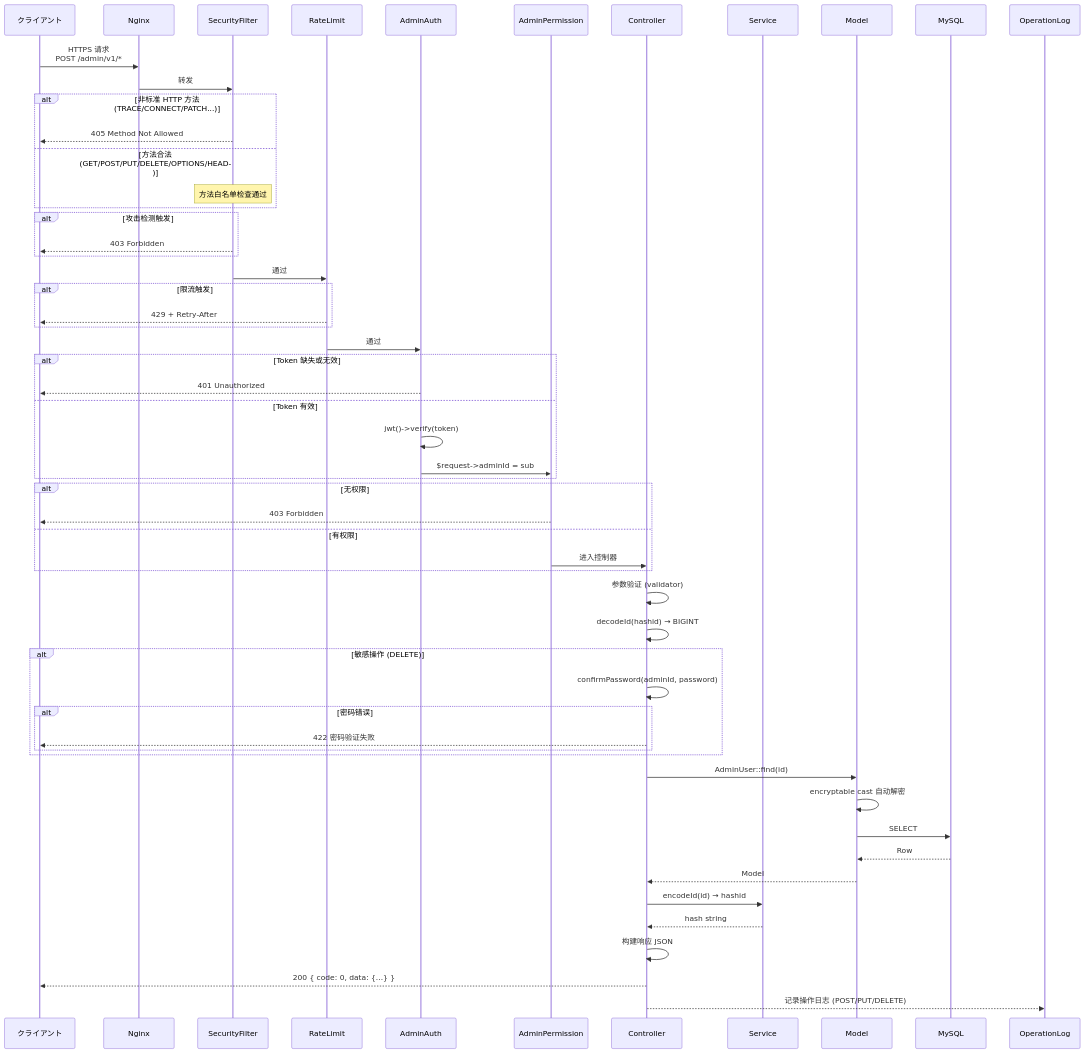
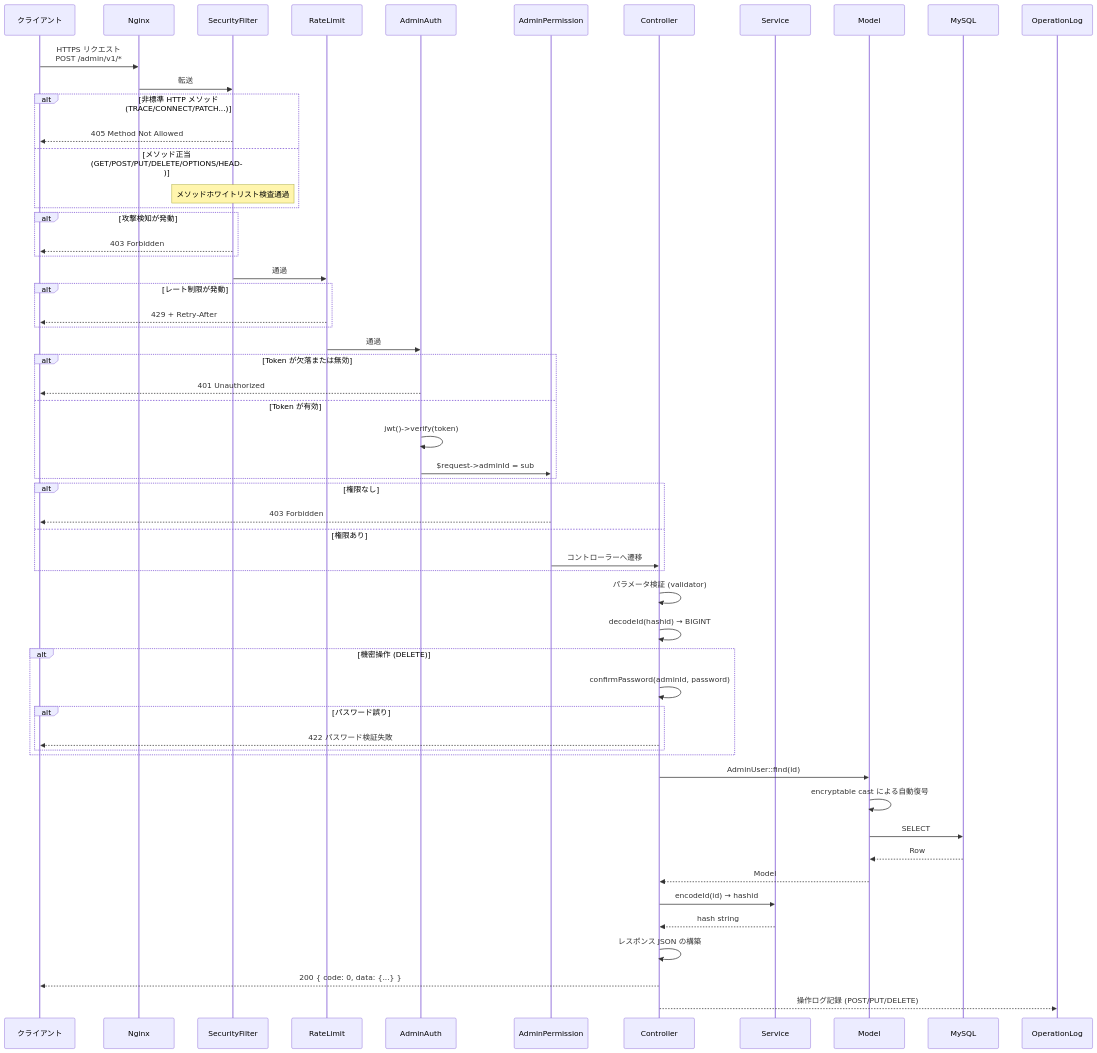
One commit to erikwang2013/game-platform-php changed the third of 14 diagrams in admin/docs/ARCHITECTURE.ja.md. Above: the diagram before and after it, drawn with Mermaid. The commit also changed other lines of this file and 211 other files, not shown here.

First line of the commit message:
fix: 支付配置读回类型根治、提现事件对账巡检，12 语族 mermaid 与 API 标签本地化

````diff
--- a/admin/docs/ARCHITECTURE.ja.md
+++ b/admin/docs/ARCHITECTURE.ja.md
@@ -153,71 +153,71 @@
 ```mermaid
 sequenceDiagram
     participant C as クライアント
     participant N as Nginx
     participant MW_SF as SecurityFilter
     participant MW_RL as RateLimit
     participant MW1 as AdminAuth
     participant MW2 as AdminPermission
     participant CTL as Controller
     participant SVC as Service
     participant MDL as Model
     participant DB as MySQL
     participant OPLOG as OperationLog
 
-    C->>N: HTTPS 请求<br/>POST /admin/v1/*
-    N->>MW_SF: 转发
+    C->>N: HTTPS リクエスト<br/>POST /admin/v1/*
+    N->>MW_SF: 転送
 
-    alt 非标准 HTTP 方法 (TRACE/CONNECT/PATCH...)
+    alt 非標準 HTTP メソッド (TRACE/CONNECT/PATCH...)
         MW_SF-->>C: 405 Method Not Allowed
-    else 方法合法 (GET/POST/PUT/DELETE/OPTIONS/HEAD)
-        Note over MW_SF: 方法白名单检查通过
+    else メソッド正当 (GET/POST/PUT/DELETE/OPTIONS/HEAD)
+        Note over MW_SF: メソッドホワイトリスト検査通過
     end
 
-    alt 攻击检测触发
+    alt 攻撃検知が発動
         MW_SF-->>C: 403 Forbidden
     end
 
-    MW_SF->>MW_RL: 通过
+    MW_SF->>MW_RL: 通過
 
-    alt 限流触发
+    alt レート制限が発動
         MW_RL-->>C: 429 + Retry-After
     end
 
-    MW_RL->>MW1: 通过
+    MW_RL->>MW1: 通過
 
-    alt Token 缺失或无效
+    alt Token が欠落または無効
         MW1-->>C: 401 Unauthorized
-    else Token 有效
+    else Token が有効
         MW1->>MW1: jwt()->verify(token)
         MW1->>MW2: $request->adminId = sub
     end
 
-    alt 无权限
+    alt 権限なし
         MW2-->>C: 403 Forbidden
-    else 有权限
-        MW2->>CTL: 进入控制器
+    else 権限あり
+        MW2->>CTL: コントローラーへ遷移
     end
 
-    CTL->>CTL: 参数验证 (validator)
+    CTL->>CTL: パラメータ検証 (validator)
     CTL->>CTL: decodeId(hashid) → BIGINT
 
-    alt 敏感操作 (DELETE)
+    alt 機密操作 (DELETE)
         CTL->>CTL: confirmPassword(adminId, password)
-        alt 密码错误
-            CTL-->>C: 422 密码验证失败
+        alt パスワード誤り
+            CTL-->>C: 422 パスワード検証失敗
         end
     end
 
     CTL->>MDL: AdminUser::find(id)
-    MDL->>MDL: encryptable cast 自动解密
+    MDL->>MDL: encryptable cast による自動復号
     MDL->>DB: SELECT
     DB-->>MDL: Row
     MDL-->>CTL: Model
 
     CTL->>SVC: encodeId(id) → hashid
     SVC-->>CTL: hash string
 
-    CTL->>CTL: 构建响应 JSON
+    CTL->>CTL: レスポンス JSON の構築
     CTL-->>C: 200 { code: 0, data: {...} }
-    CTL-->>OPLOG: 记录操作日志 (POST/PUT/DELETE)
+    CTL-->>OPLOG: 操作ログ記録 (POST/PUT/DELETE)
 ```
````
